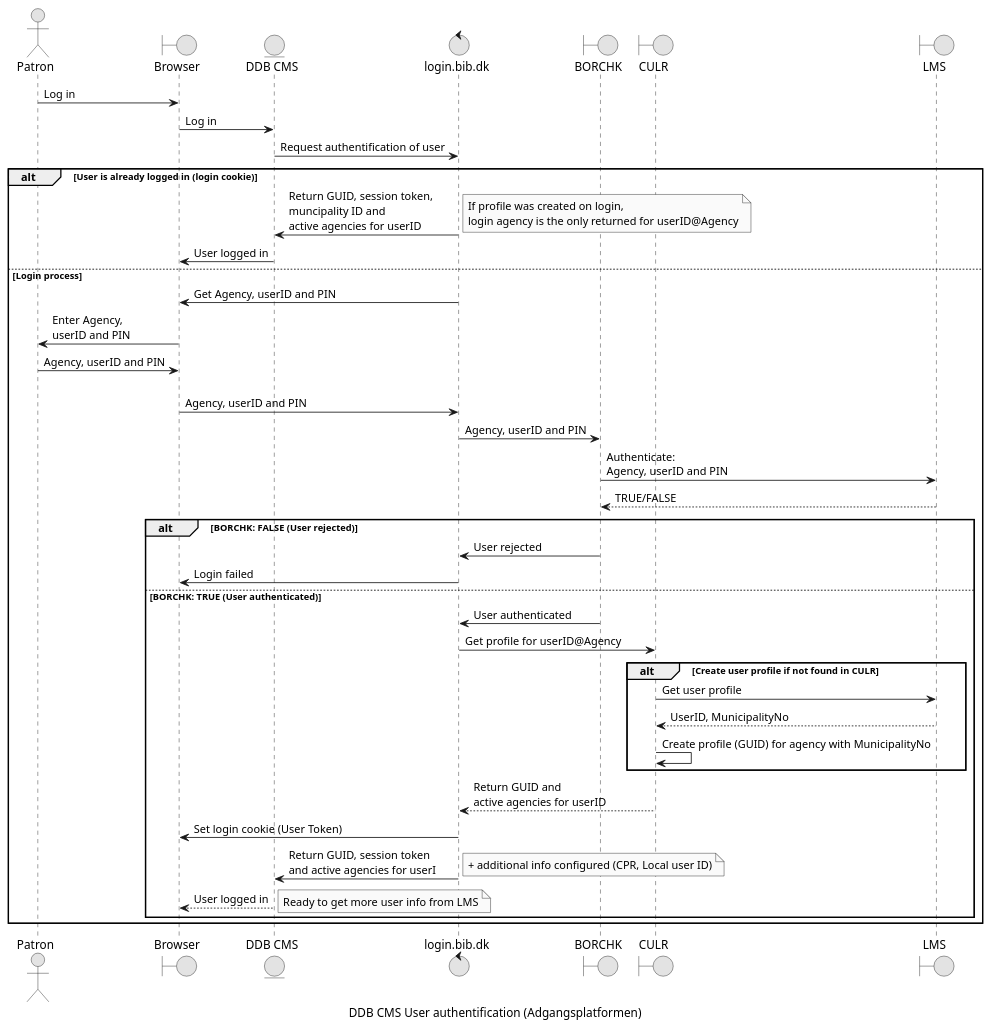
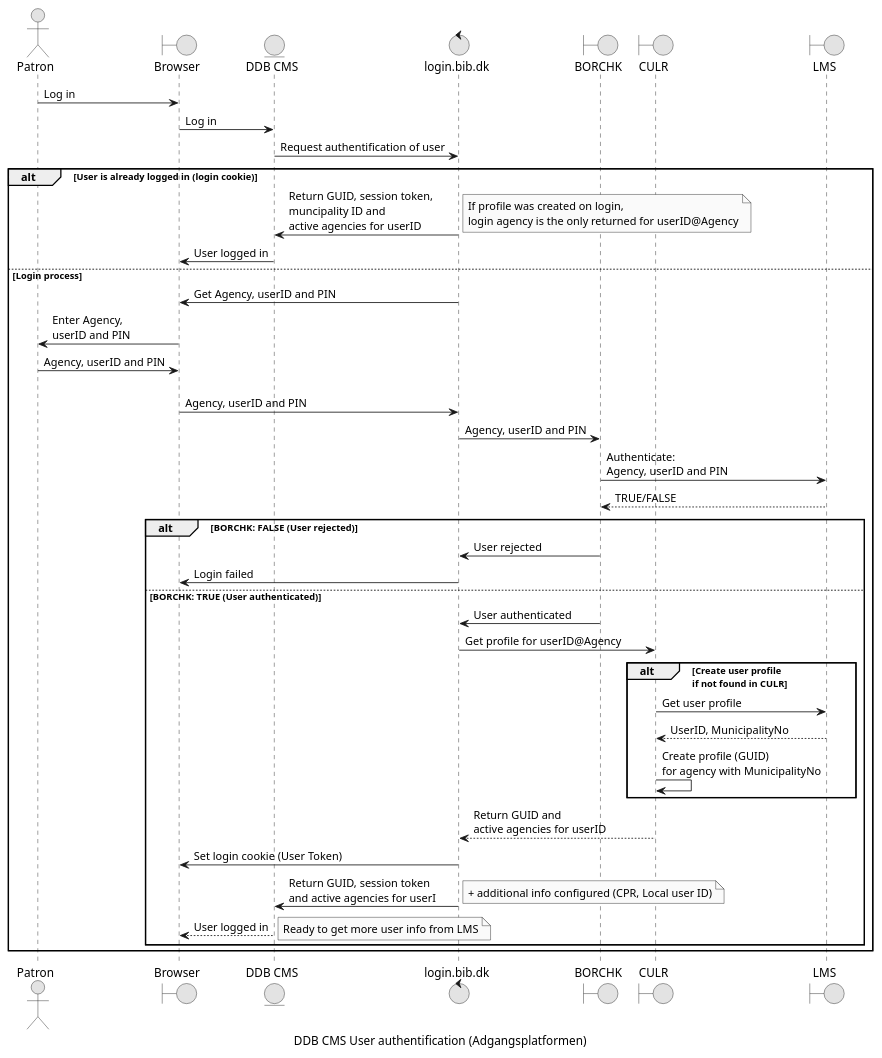
One commit to danskernesdigitalebibliotek/plantuml changed the diagram in docs/sso/singlesignon.puml. Above: the diagram before and after it, drawn with PlantUML.

```diff
--- a/docs/sso/singlesignon.puml
+++ b/docs/sso/singlesignon.puml
@@ -1,59 +1,59 @@
 @startuml
 caption DDB CMS User authentification (Adgangsplatformen)
 'Single Sign On
 
 ' Skinparams '
 skinparam monochrome true
 
 ' Participants
 actor Patron
 boundary Browser
 entity DDBCMS as "DDB CMS"
 control login.bib.dk /' "AccessPlatform" '/
 boundary BORCHK /' as "Borrower Check" '/
             
 boundary CULR
 boundary LMS /'as "Library Management System" '/
 
 
 Patron->Browser: Log in
 Browser->DDBCMS: Log in
 DDBCMS->login.bib.dk: Request authentification of user
 
 alt User is already logged in (login cookie)
     login.bib.dk->DDBCMS: Return GUID, session token, \nmuncipality ID and \nactive agencies for userID
             note right: If profile was created on login, \nlogin agency is the only returned for userID@Agency
     DDBCMS->Browser: User logged in
 else Login process
     login.bib.dk->Browser: Get Agency, userID and PIN
     Browser->Patron: Enter Agency,\nuserID and PIN
     Patron->Browser: Agency, userID and PIN
     Browser->login.bib.dk: \nAgency, userID and PIN
 
     login.bib.dk->BORCHK: Agency, userID and PIN
 
     BORCHK->LMS: Authenticate: \nAgency, userID and PIN
     LMS-->BORCHK: TRUE/FALSE
 
     alt BORCHK: FALSE (User rejected)
         BORCHK->login.bib.dk: User rejected
         login.bib.dk->Browser: Login failed
     else BORCHK: TRUE (User authenticated)
         BORCHK->login.bib.dk: User authenticated
         login.bib.dk->CULR: Get profile for userID@Agency
                                
             'note right: Profile with new GUID for userID@Agency \nis created if user not found in CULR. \nMuncipalityNo requested from LMS
-            alt Create user profile if not found in CULR
+            alt Create user profile \nif not found in CULR
                 CULR -> LMS: Get user profile
                 CULR <-- LMS: UserID, MunicipalityNo
-                CULR->CULR: Create profile (GUID) for agency with MunicipalityNo
+                CULR->CULR: Create profile (GUID) \nfor agency with MunicipalityNo
             end
         login.bib.dk<--CULR: Return GUID and \nactive agencies for userID
         login.bib.dk->Browser: Set login cookie (User Token)
         login.bib.dk->DDBCMS: Return GUID, session token\nand active agencies for userI
             note right:+ additional info configured (CPR, Local user ID)
         DDBCMS-->Browser: User logged in
             note right: Ready to get more user info from LMS
     end
 end
 @enduml
```
